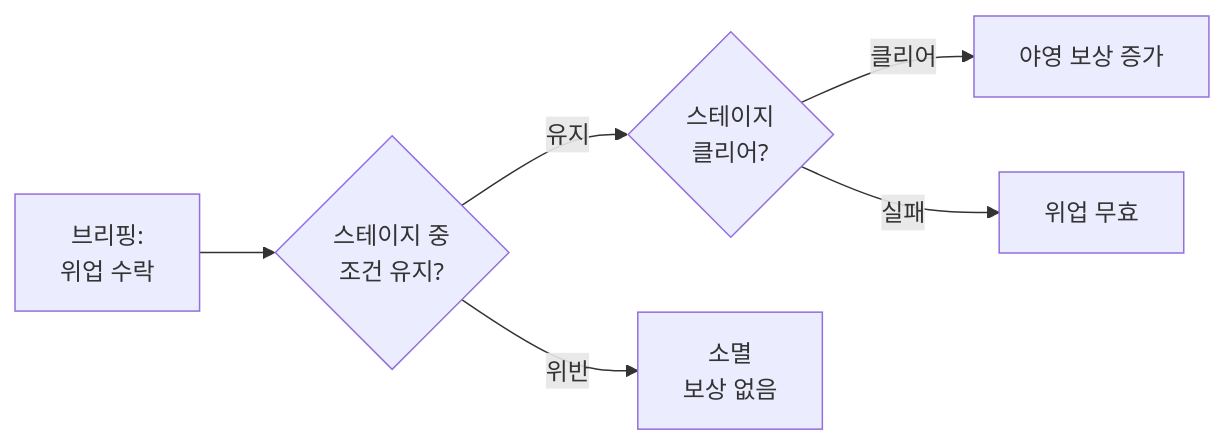
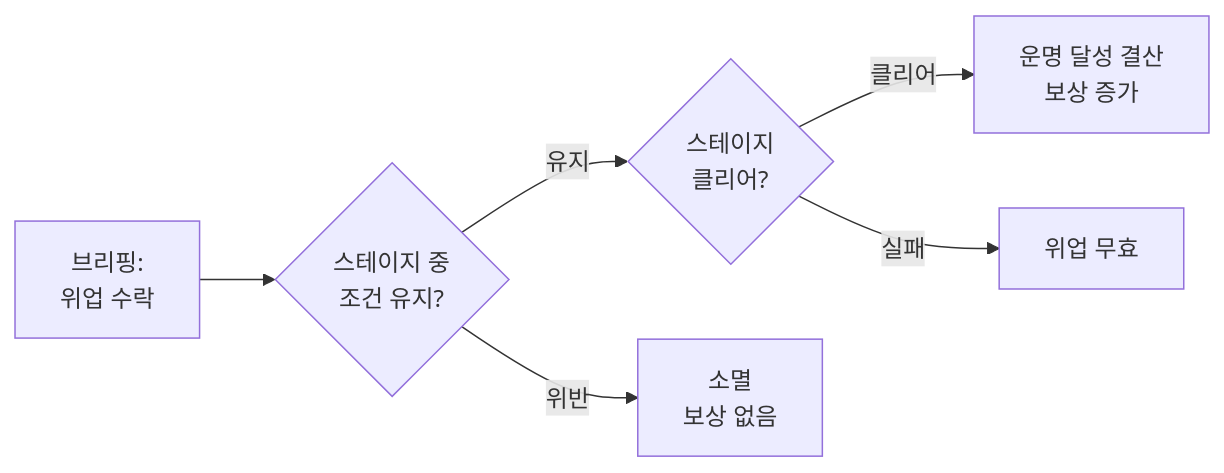
The first of 2 diagrams in 03_스테이지/위업.md (roam1215-beep/Chronicle-wiki), drawn with Mermaid before and after one commit. The commit also changed other lines of this file and 9 other files, not shown here.

````diff
--- a/03_스테이지/위업.md
+++ b/03_스테이지/위업.md
@@ -47,8 +46,8 @@
 ```mermaid
 flowchart LR
     A["브리핑:\n위업 수락"] --> B{"스테이지 중\n조건 유지?"}
     B -->|유지| C{"스테이지\n클리어?"}
     B -->|위반| D["소멸\n보상 없음"]
-    C -->|클리어| E["야영 보상 증가"]
+    C -->|클리어| E["운명 달성 결산\n보상 증가"]
     C -->|실패| F["위업 무효"]
 ```
````
